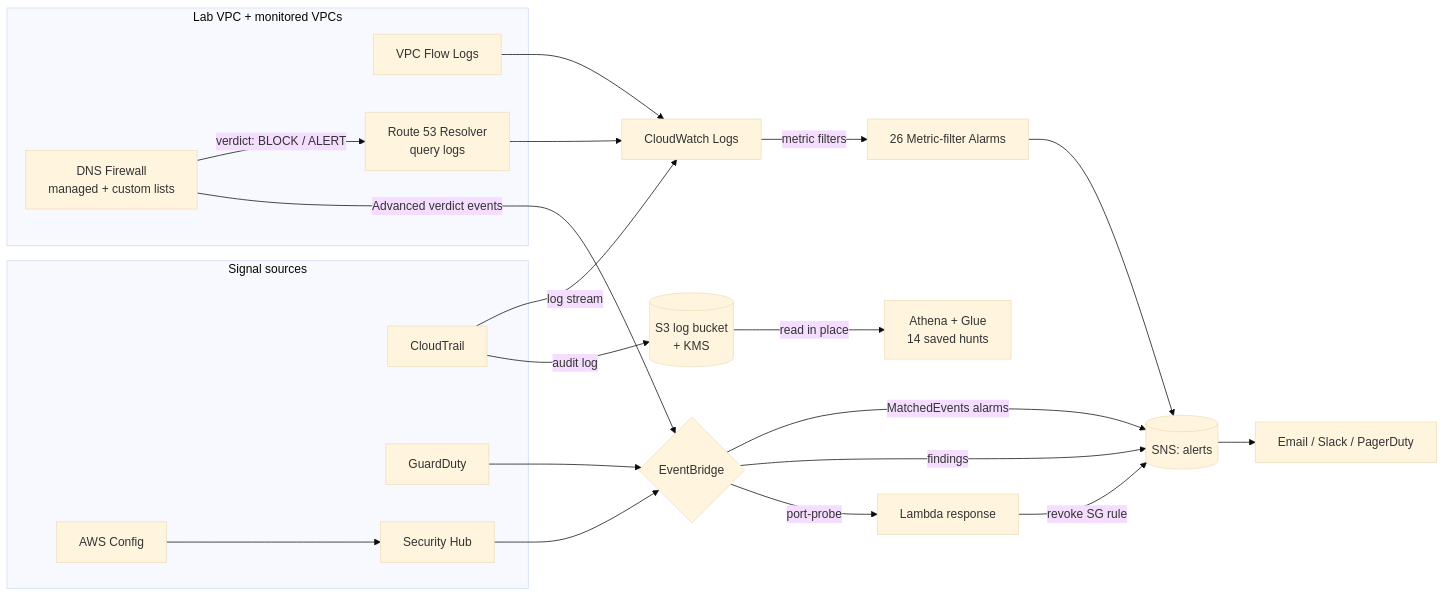
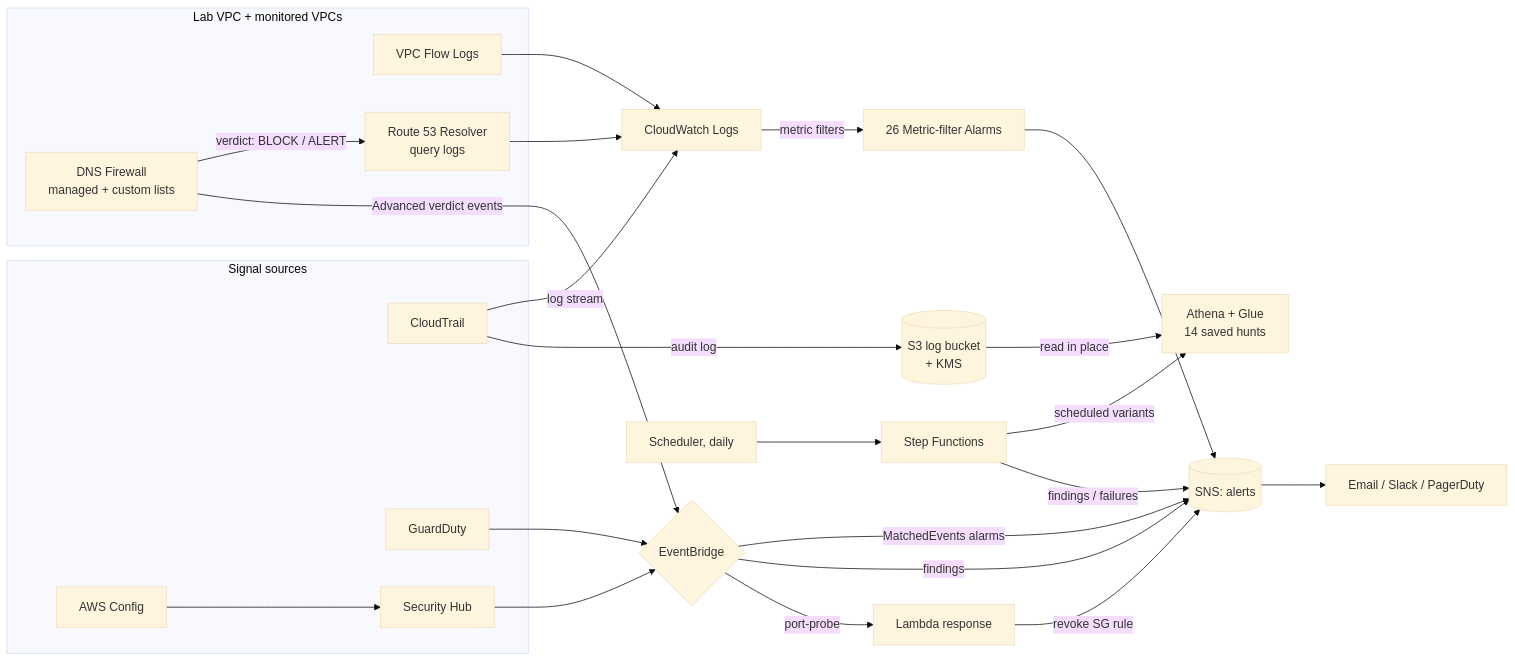
Before and after one commit to H3llKa1ser/AWS-Detection-Engineering-Lab: the diagram in README.md, drawn with Mermaid (base theme). The commit also changed other lines of this file and 32 other files, not shown here.

````diff
--- a/README.md
+++ b/README.md
@@ -37,35 +38,37 @@
 ```mermaid
 flowchart LR
     subgraph Sources["Signal sources"]
         CT[CloudTrail]
         GD[GuardDuty]
         CFG[AWS Config]
         SH[Security Hub]
     end
 
     subgraph Net["Lab VPC + monitored VPCs"]
         FL[VPC Flow Logs]
         FW[DNS Firewall<br/>managed + custom lists]
         DNS[Route 53 Resolver<br/>query logs]
         FW -->|verdict: BLOCK / ALERT| DNS
     end
     FW -->|Advanced verdict events| EB
 
     CT -->|log stream| CWL[CloudWatch Logs]
     FL --> CWL
     DNS --> CWL
     CWL -->|metric filters| ALM[26 Metric-filter Alarms]
     EB -->|MatchedEvents alarms| SNS
     CT -->|audit log| S3[(S3 log bucket<br/>+ KMS)]
     S3 -->|read in place| ATH[Athena + Glue<br/>14 saved hunts]
+    SCH[Scheduler, daily] --> SFN[Step Functions] -->|scheduled variants| ATH
+    SFN -->|findings / failures| SNS
 
     CFG --> SH
     GD --> EB{EventBridge}
     SH --> EB
     ALM --> SNS[(SNS: alerts)]
     EB -->|findings| SNS
     EB -->|port-probe| L[Lambda response]
     L -->|revoke SG rule| SNS
 
     SNS --> Email[Email / Slack / PagerDuty]
 ```
````
